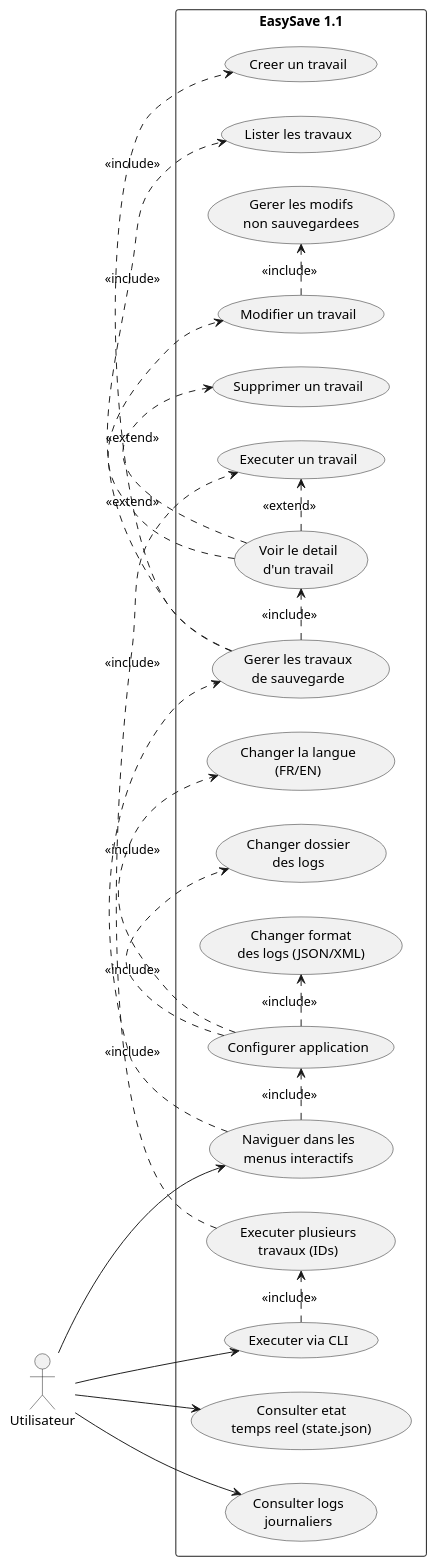
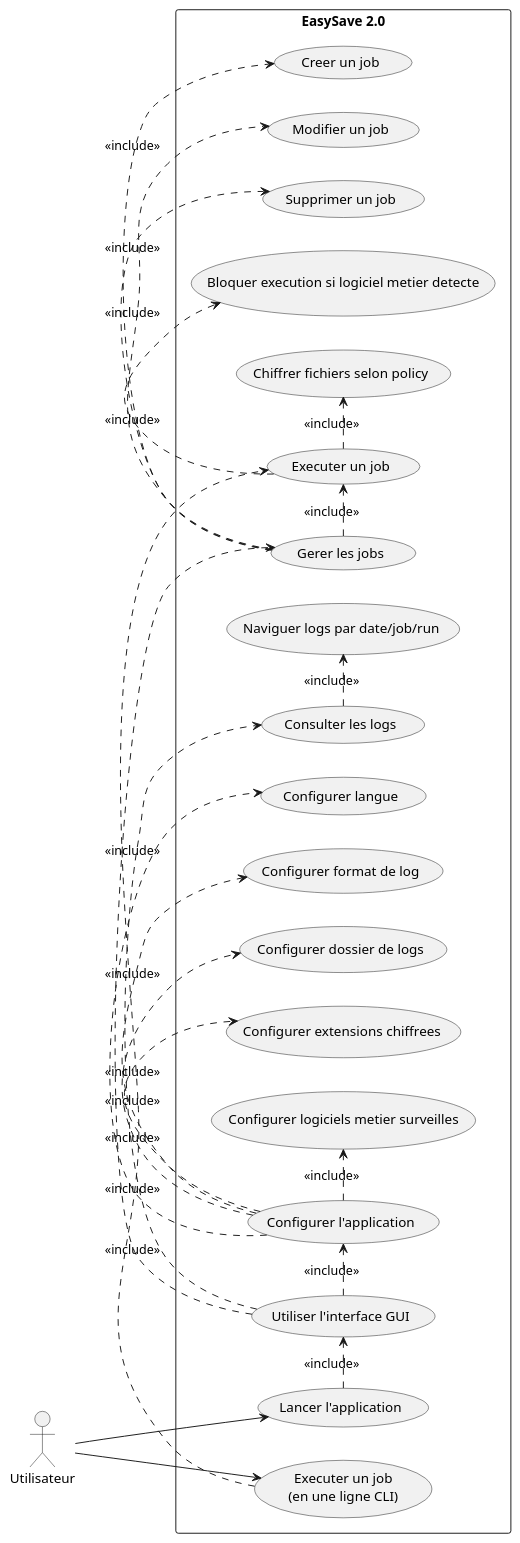
Before and after one commit to ant0rbtll/EasySave: the diagram in docs/usecase.puml, drawn with PlantUML. The commit also changed 5 other files, not shown here.

```diff
--- a/docs/usecase.puml
+++ b/docs/usecase.puml
@@ -1,58 +1,59 @@
 @startuml
 left to right direction
 skinparam packageStyle rectangle
 skinparam shadowing false
 
 actor "Utilisateur" as User
 
-rectangle "EasySave 1.1" {
-  usecase "Naviguer dans les\nmenus interactifs" as UC_Interactive
+rectangle "EasySave 2.0" {
+  usecase "Lancer l'application" as UC_Start
+  usecase "Utiliser l'interface GUI" as UC_GUI
+  usecase "Executer un job\n(en une ligne CLI)" as UC_CLI_OneLine
 
-  usecase "Gerer les travaux\nde sauvegarde" as UC_ManageJobs
-  usecase "Creer un travail" as UC_Create
-  usecase "Lister les travaux" as UC_List
-  usecase "Voir le detail\nd'un travail" as UC_Details
-  usecase "Modifier un travail" as UC_Update
-  usecase "Supprimer un travail" as UC_Delete
-  usecase "Executer un travail" as UC_RunOne
+  usecase "Gerer les jobs" as UC_Manage
+  usecase "Creer un job" as UC_Create
+  usecase "Modifier un job" as UC_Update
+  usecase "Supprimer un job" as UC_Delete
+  usecase "Executer un job" as UC_RunOne
 
-  usecase "Gerer les modifs\nnon sauvegardees" as UC_Unsaved
+  usecase "Consulter les logs" as UC_Logs
+  usecase "Naviguer logs par date/job/run" as UC_LogNav
 
-  usecase "Executer via CLI" as UC_CLI
-  usecase "Executer plusieurs\ntravaux (IDs)" as UC_RunMany
+  usecase "Configurer l'application" as UC_Config
+  usecase "Configurer langue" as UC_Language
+  usecase "Configurer format de log" as UC_LogFormat
+  usecase "Configurer dossier de logs" as UC_LogDir
+  usecase "Configurer extensions chiffrees" as UC_EncExtensions
+  usecase "Configurer logiciels metier surveilles" as UC_BusinessProc
 
-  usecase "Configurer application" as UC_Settings
-  usecase "Changer la langue\n(FR/EN)" as UC_Lang
-  usecase "Changer dossier\ndes logs" as UC_LogDir
-  usecase "Changer format\ndes logs (JSON/XML)" as UC_LogFormat
-
-  usecase "Consulter etat\ntemps reel (state.json)" as UC_State
-  usecase "Consulter logs\njournaliers" as UC_Logs
+  usecase "Bloquer execution si logiciel metier detecte" as UC_BusinessGuard
+  usecase "Chiffrer fichiers selon policy" as UC_Encrypt
 }
 
-User --> UC_Interactive
-User --> UC_CLI
-User --> UC_State
-User --> UC_Logs
+User --> UC_Start
+User --> UC_CLI_OneLine
 
-UC_Interactive .> UC_ManageJobs : <<include>>
-UC_Interactive .> UC_Settings : <<include>>
+UC_Start .> UC_GUI : <<include>>
 
-UC_ManageJobs .> UC_Create : <<include>>
-UC_ManageJobs .> UC_List : <<include>>
-UC_ManageJobs .> UC_Details : <<include>>
+UC_GUI .> UC_Manage : <<include>>
+UC_GUI .> UC_Logs : <<include>>
+UC_GUI .> UC_Config : <<include>>
 
-UC_Details .> UC_Update : <<extend>>
-UC_Details .> UC_Delete : <<extend>>
-UC_Details .> UC_RunOne : <<extend>>
+UC_Manage .> UC_Create : <<include>>
+UC_Manage .> UC_Update : <<include>>
+UC_Manage .> UC_Delete : <<include>>
+UC_Manage .> UC_RunOne : <<include>>
 
-UC_Update .> UC_Unsaved : <<include>>
+UC_Logs .> UC_LogNav : <<include>>
 
-UC_Settings .> UC_Lang : <<include>>
-UC_Settings .> UC_LogDir : <<include>>
-UC_Settings .> UC_LogFormat : <<include>>
+UC_Config .> UC_Language : <<include>>
+UC_Config .> UC_LogFormat : <<include>>
+UC_Config .> UC_LogDir : <<include>>
+UC_Config .> UC_EncExtensions : <<include>>
+UC_Config .> UC_BusinessProc : <<include>>
 
-UC_CLI .> UC_RunMany : <<include>>
-UC_RunMany .> UC_RunOne : <<include>>
+UC_RunOne .> UC_BusinessGuard : <<include>>
+UC_RunOne .> UC_Encrypt : <<include>>
+UC_CLI_OneLine .> UC_RunOne : <<include>>
 
 @enduml
```
